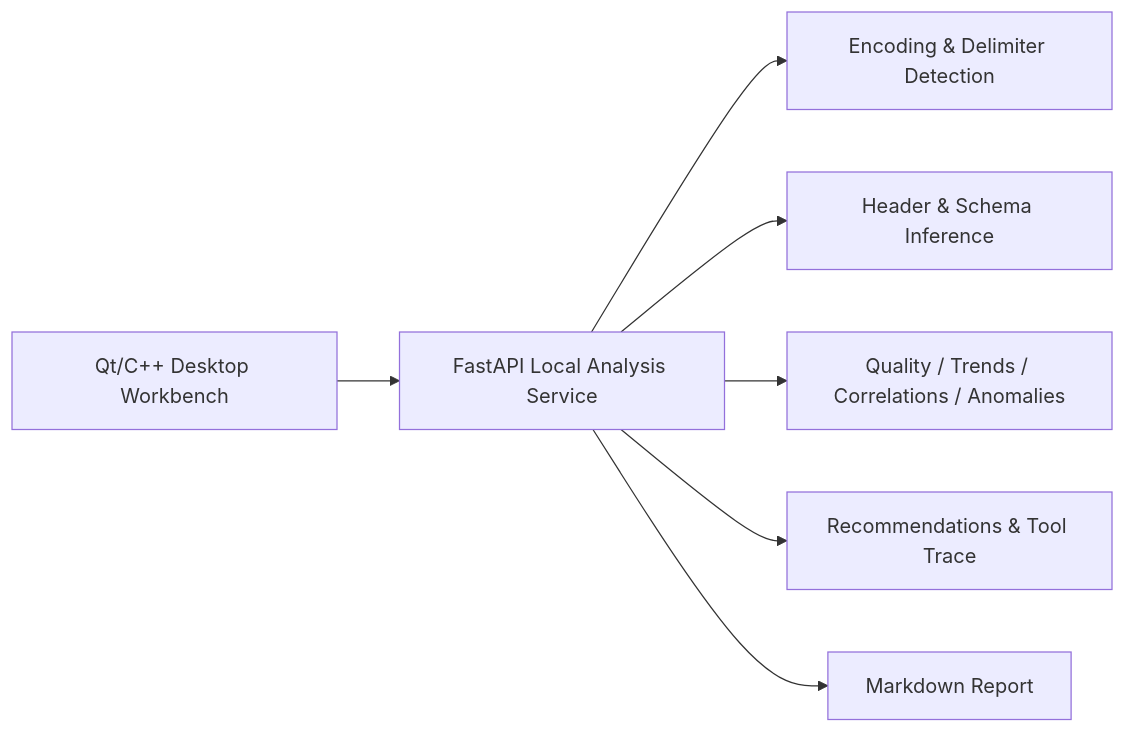
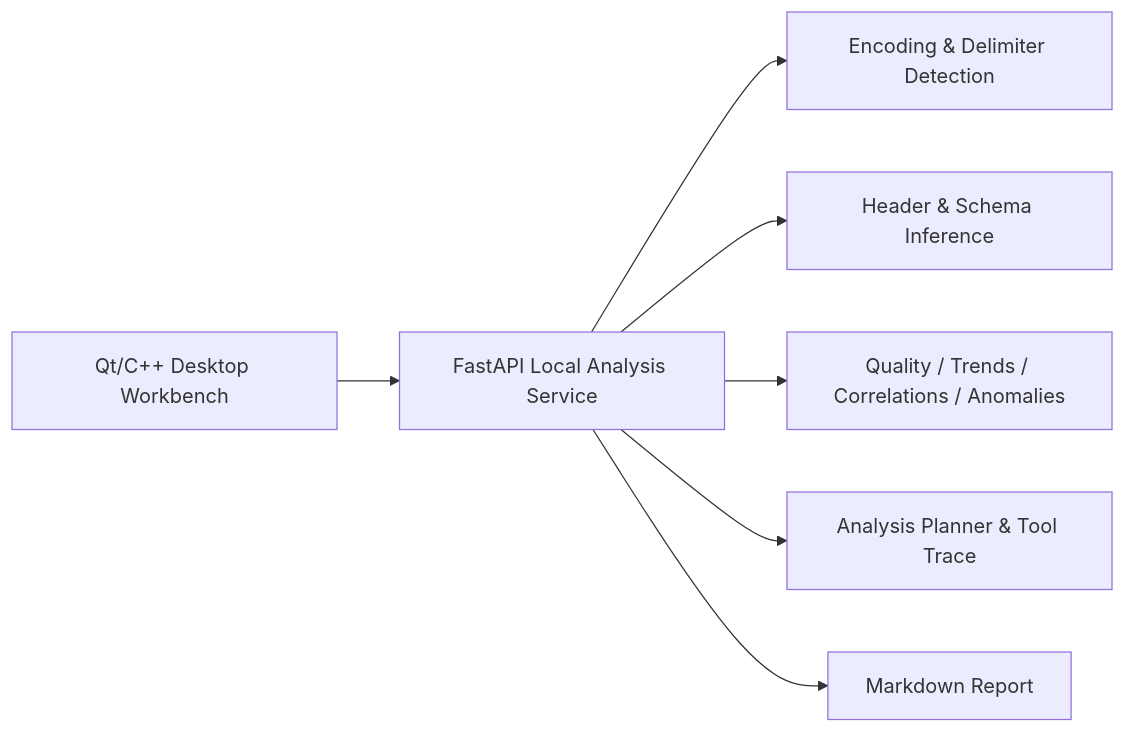
One commit to Phoenix0531-sudo/TablePilot changed the first of 2 diagrams in README.md. Above: the diagram before and after it, drawn with Mermaid. The commit also changed other lines of this file and 15 other files, not shown here.

````diff
--- a/README.md
+++ b/README.md
@@ -39,9 +43,9 @@
 ```mermaid
 flowchart LR
     A["Qt/C++ Desktop Workbench"] --> B["FastAPI Local Analysis Service"]
     B --> C["Encoding & Delimiter Detection"]
     B --> D["Header & Schema Inference"]
     B --> E["Quality / Trends / Correlations / Anomalies"]
-    B --> F["Recommendations & Tool Trace"]
+    B --> F["Analysis Planner & Tool Trace"]
     B --> G["Markdown Report"]
 ```
````
